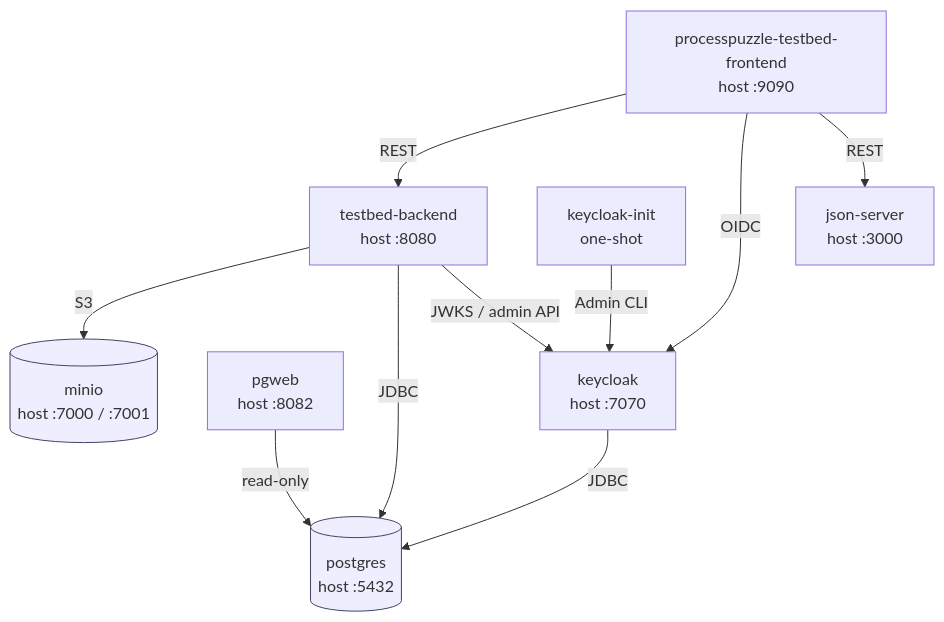
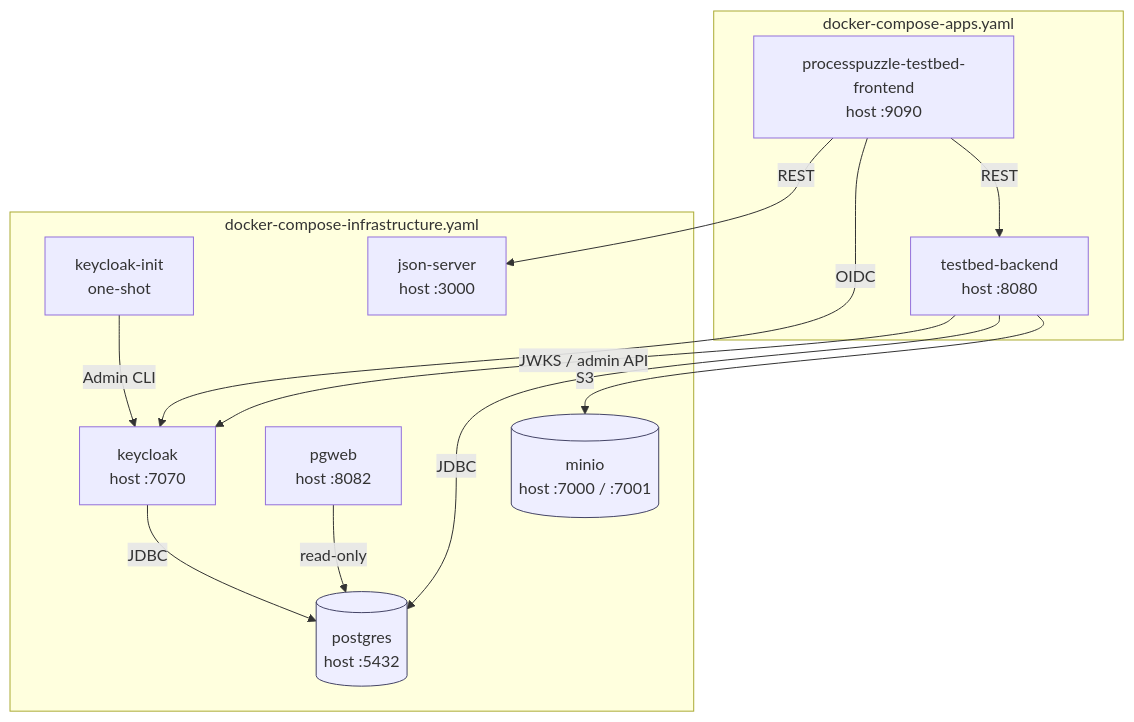
Before and after one commit to ZsZs/processpuzzle: the diagram in tools/README.md, drawn with Mermaid. The commit also changed other lines of this file and 33 other files, not shown here.

Commit message:
feature(infrastructure): Define docker-compose and deploy actions for processpuzzle-infrastructure.

````diff
--- a/tools/README.md
+++ b/tools/README.md
@@ -47,25 +64,30 @@
 ```mermaid
 graph TD
-    testbed[processpuzzle-testbed-frontend<br/>host :9090]
-    tbackend[testbed-backend<br/>host :8080]
-    keycloak[keycloak<br/>host :7070]
-    kcinit[keycloak-init<br/>one-shot]
-    postgres[(postgres<br/>host :5432)]
-    pgweb[pgweb<br/>host :8082]
-    minio[(minio<br/>host :7000 / :7001)]
-    jsonserver[json-server<br/>host :3000]
+    subgraph APP["docker-compose-apps.yaml"]
+      testbed[processpuzzle-testbed-frontend<br/>host :9090]
+      tbackend[testbed-backend<br/>host :8080]
+    end
+
+    subgraph INFRA["docker-compose-infrastructure.yaml"]
+      keycloak[keycloak<br/>host :7070]
+      kcinit[keycloak-init<br/>one-shot]
+      postgres[(postgres<br/>host :5432)]
+      pgweb[pgweb<br/>host :8082]
+      minio[(minio<br/>host :7000 / :7001)]
+      jsonserver[json-server<br/>host :3000]
+    end
 
     testbed -- REST --> tbackend
     testbed -- OIDC --> keycloak
     testbed -- REST --> jsonserver
 
     tbackend -- S3 --> minio
     tbackend -- JDBC --> postgres
     tbackend -- "JWKS / admin API" --> keycloak
     kcinit -- "Admin CLI" --> keycloak
     keycloak -- JDBC --> postgres
     pgweb -- read-only --> postgres
 
     classDef store fill:#eef,stroke:#446
     class postgres,minio store
 ```
````
